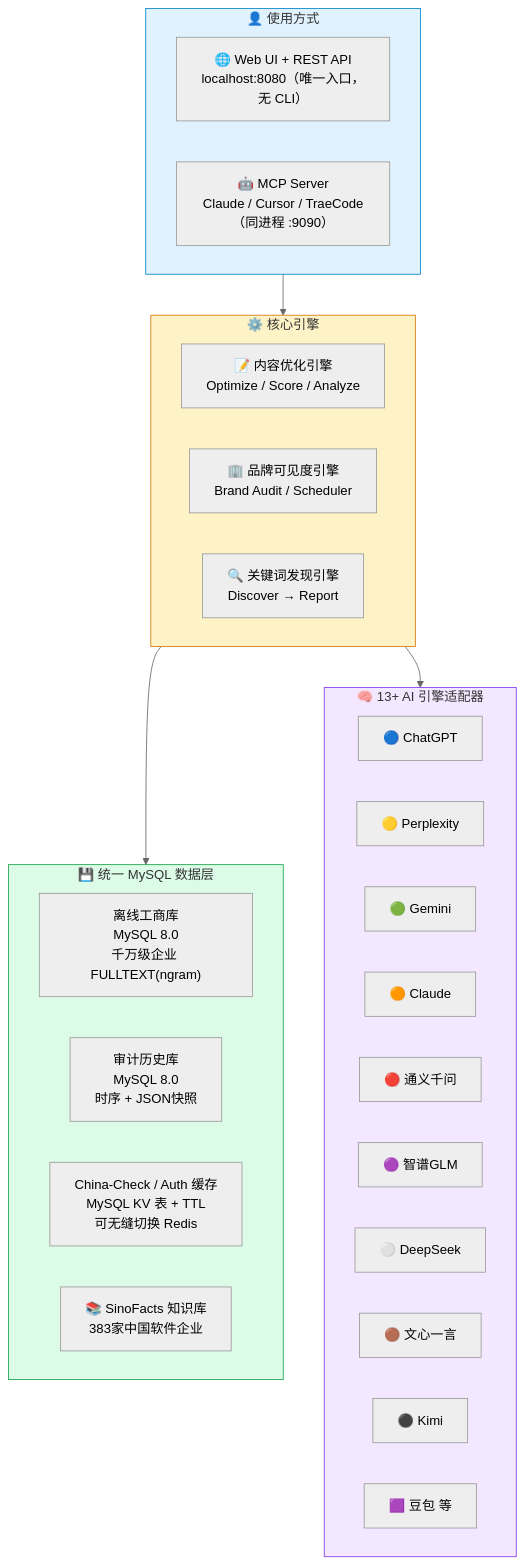
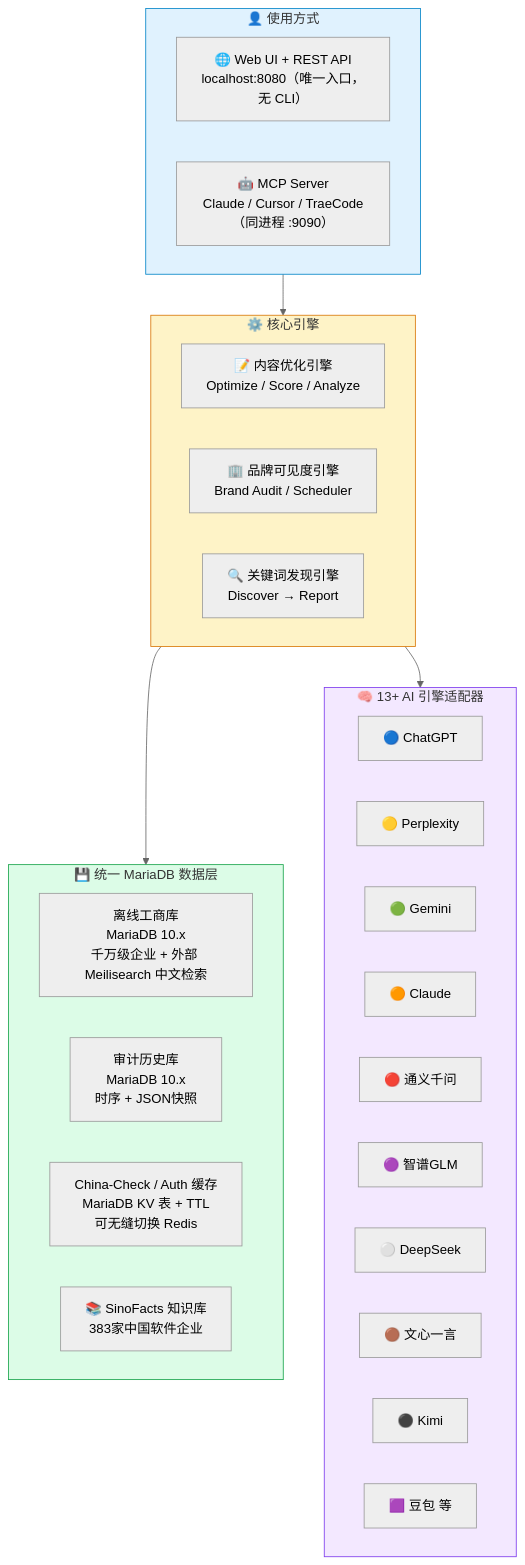
Before and after one commit to deep2code/geo: the second of 13 diagrams in README.md, drawn with Mermaid (neutral theme). The commit also changed other lines of this file and 12 other files, not shown here.

````diff
--- a/README.md
+++ b/README.md
@@ -52,42 +52,42 @@
 ```mermaid
 graph TB
     subgraph 用户层["👤 使用方式"]
         Web["🌐 Web UI + REST API<br/>localhost:8080（唯一入口，无 CLI）"]
         MCP["🤖 MCP Server<br/>Claude / Cursor / TraeCode（同进程 :9090）"]
     end
 
     subgraph 引擎层["⚙️ 核心引擎"]
         CO["📝 内容优化引擎<br/>Optimize / Score / Analyze"]
         BA["🏢 品牌可见度引擎<br/>Brand Audit / Scheduler"]
         DIS["🔍 关键词发现引擎<br/>Discover → Report"]
     end
 
-    subgraph 数据层["💾 统一 MySQL 数据层"]
-        DB1["离线工商库<br/>MySQL 8.0<br/>千万级企业 FULLTEXT(ngram)"]
-        DB2["审计历史库<br/>MySQL 8.0<br/>时序 + JSON快照"]
-        DB3["China-Check / Auth 缓存<br/>MySQL KV 表 + TTL<br/>可无缝切换 Redis"]
+    subgraph 数据层["💾 统一 MariaDB 数据层"]
+        DB1["离线工商库<br/>MariaDB 10.x<br/>千万级企业 + 外部 Meilisearch 中文检索"]
+        DB2["审计历史库<br/>MariaDB 10.x<br/>时序 + JSON快照"]
+        DB3["China-Check / Auth 缓存<br/>MariaDB KV 表 + TTL<br/>可无缝切换 Redis"]
         KB["📚 SinoFacts 知识库<br/>383家中国软件企业"]
     end
 
     subgraph AI层["🧠 13+ AI 引擎适配器"]
         E1["🔵 ChatGPT"]
         E2["🟡 Perplexity"]
         E3["🟢 Gemini"]
         E4["🟠 Claude"]
         E5["🔴 通义千问"]
         E6["🟣 智谱GLM"]
         E7["⚪ DeepSeek"]
         E8["🟤 文心一言"]
         E9["⚫ Kimi"]
         E10["🟪 豆包 等"]
     end
 
     用户层 --> 引擎层
     引擎层 --> 数据层
     引擎层 --> AI层
 
     style 用户层 fill:#e0f2fe,stroke:#0284c7
     style 引擎层 fill:#fef3c7,stroke:#d97706
     style 数据层 fill:#dcfce7,stroke:#16a34a
     style AI层 fill:#f3e8ff,stroke:#7c3aed
 ```
````
